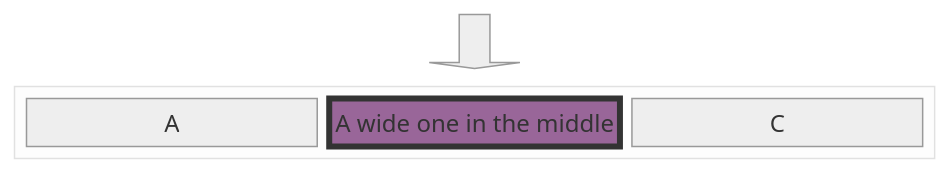
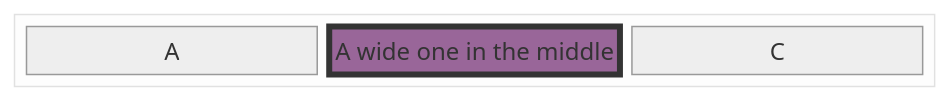
One commit to hobby-pc2026/linux-install changed the diagram in linux-install-02.md. Above: the diagram before and after it, drawn with Mermaid (neutral theme).

````diff
--- a/linux-install-02.md
+++ b/linux-install-02.md
@@ -3,13 +3,13 @@
 ```mermaid
 block
 columns 1
 
-  blockArrowId6<["&nbsp;&nbsp;&nbsp;"]>(down)
+
   block:ID
     A
     B["A wide one in the middle"]
     C
   end
 
   style B fill:#969,stroke:#333,stroke-width:4px
 ```
````
